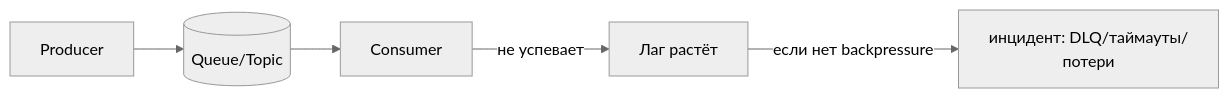
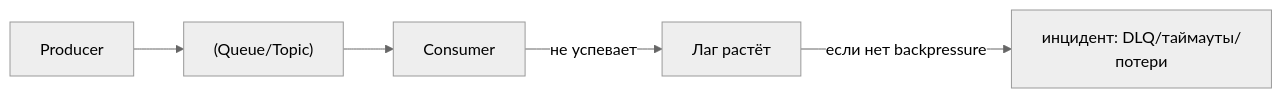
The first of 4 diagrams in directions/architecture/pact/09_backend_mikroservisy/03_9_3_kommunikatsiya_sinhronnaya_i_asinhronnaya.md (DDoSKudya/ai-study-atlas), drawn with Mermaid (neutral theme) before and after one commit. The commit also changed 322 other files, not shown here.

Commit message:
fix(docs): make mermaid diagrams GitHub-compatible across directions content

````diff
--- a/directions/architecture/pact/09_backend_mikroservisy/03_9_3_kommunikatsiya_sinhronnaya_i_asinhronnaya.md
+++ b/directions/architecture/pact/09_backend_mikroservisy/03_9_3_kommunikatsiya_sinhronnaya_i_asinhronnaya.md
@@ -39,7 +39,7 @@
 ```mermaid
 graph LR
-  Prod[Producer] --> Q[(Queue/Topic)]
-  Q --> Cons[Consumer]
-  Cons -->|не успевает| Lag[Лаг растёт]
-  Lag -->|если нет backpressure| Fail[инцидент: DLQ/таймауты/потери]
+  Prod["Producer"] --> Q["(Queue/Topic)"]
+  Q --> Cons["Consumer"]
+  Cons -->|не успевает| Lag["Лаг растёт"]
+  Lag -->|если нет backpressure| Fail["инцидент: DLQ/таймауты/потери"]
 ```
````
